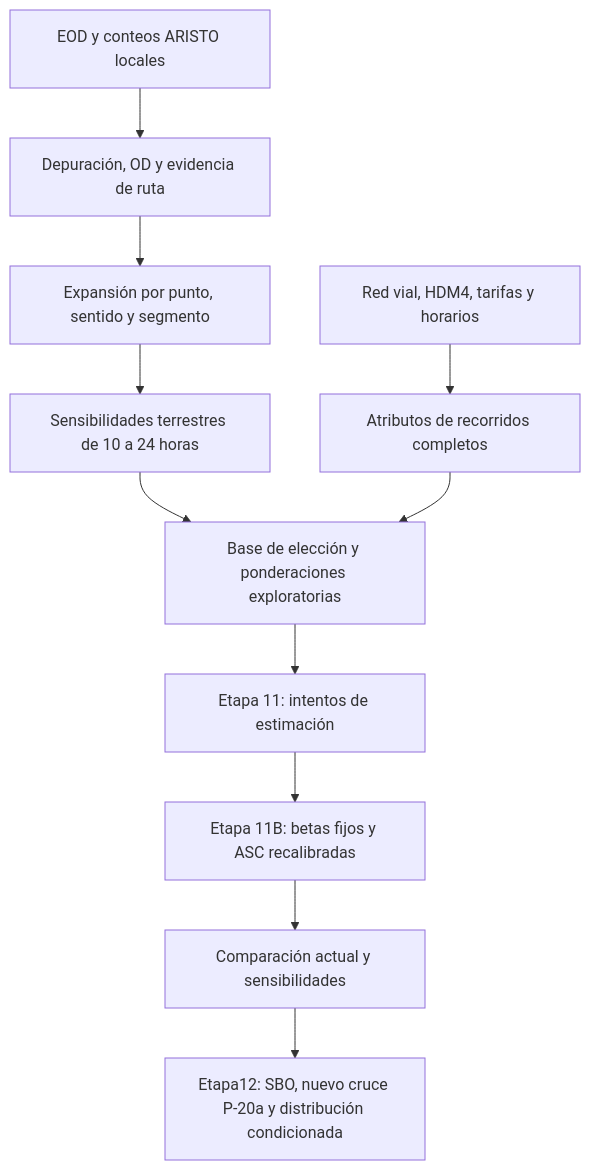
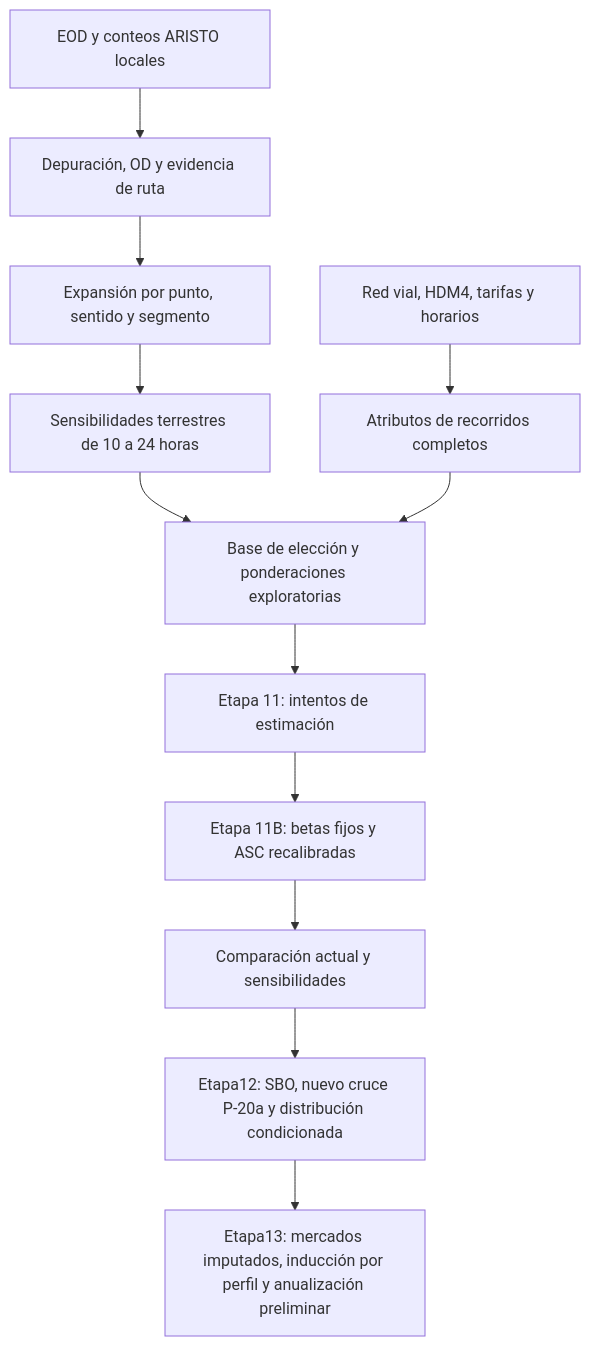
The diagram in README.md (Natalyuxias/demanda-lago-general-carrera), drawn with Mermaid before and after one commit. The commit also changed other lines of this file and 17 other files, not shown here.

Commit message:
Estima demanda preliminar Etapa 13 con inducción y divulgación agregada

````diff
--- a/README.md
+++ b/README.md
@@ -25,13 +25,14 @@
 ```mermaid
 flowchart TD
  A[EOD y conteos ARISTO locales] --> B[Depuración, OD y evidencia de ruta]
  B --> C[Expansión por punto, sentido y segmento]
  C --> D[Sensibilidades terrestres de 10 a 24 horas]
  E[Red vial, HDM4, tarifas y horarios] --> F[Atributos de recorridos completos]
  D --> G[Base de elección y ponderaciones exploratorias]
  F --> G
  G --> H[Etapa 11: intentos de estimación]
  H --> I[Etapa 11B: betas fijos y ASC recalibradas]
  I --> J[Comparación actual y sensibilidades]
  J --> K[Etapa12: SBO, nuevo cruce P-20a y distribución condicionada]
+ K --> L[Etapa13: mercados imputados, inducción por perfil y anualización preliminar]
 ```
````
